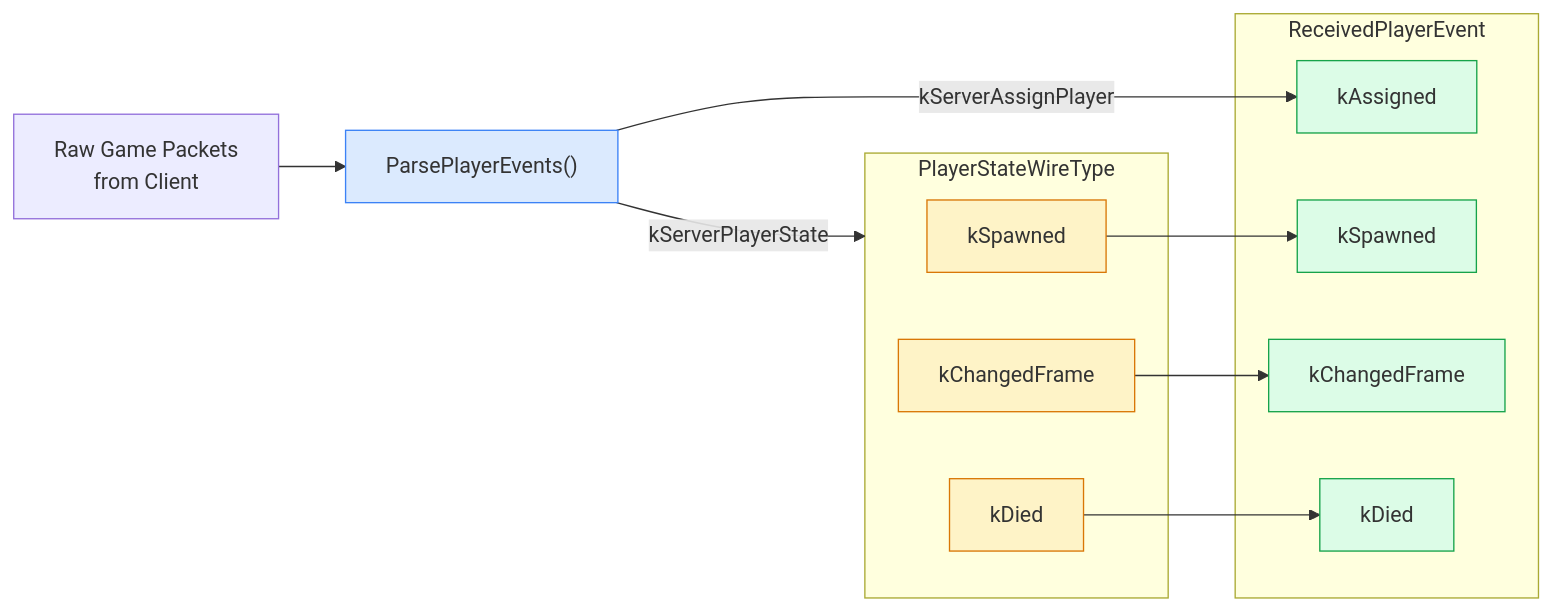
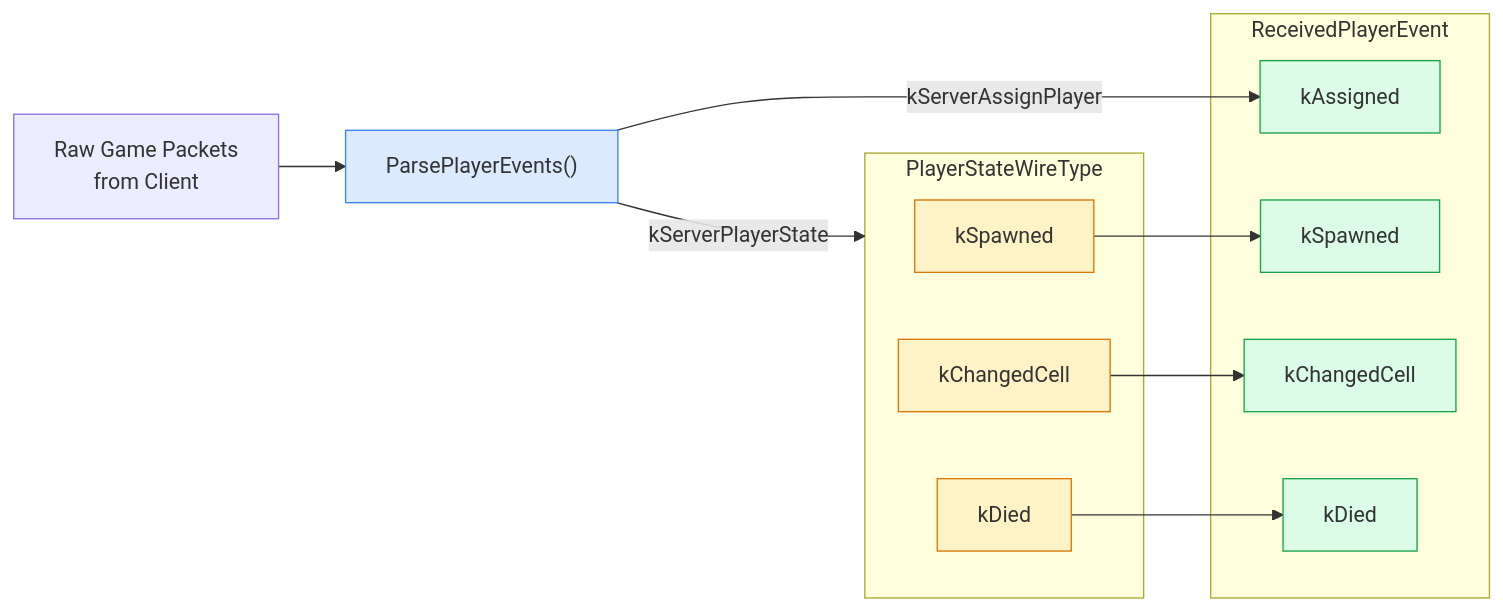
The fifth of 5 diagrams in Documents/Architecture/GameReconciliation.md (DougTanner/BrokenEngine), drawn with Mermaid before and after one commit. The commit also changed other lines of this file and 132 other files, not shown here.

````diff
--- a/Documents/Architecture/GameReconciliation.md
+++ b/Documents/Architecture/GameReconciliation.md
@@ -168,31 +168,31 @@
 ```mermaid
 %%{init: {'theme': 'default'}}%%
 flowchart LR
     classDef wire fill:#fef3c7,stroke:#d97706
     classDef event fill:#dcfce7,stroke:#16a34a
     classDef func fill:#dbeafe,stroke:#3b82f6
 
     RAW["Raw Game Packets<br/>from Client"]
     PARSE["ParsePlayerEvents()"]:::func
 
     RAW --> PARSE
 
     subgraph wire_types ["PlayerStateWireType"]
         W0["kSpawned"]:::wire
-        W1["kChangedFrame"]:::wire
+        W1["kChangedCell"]:::wire
         W2["kDied"]:::wire
     end
 
     subgraph event_types ["ReceivedPlayerEvent"]
         E0["kAssigned"]:::event
         E1["kSpawned"]:::event
-        E2["kChangedFrame"]:::event
+        E2["kChangedCell"]:::event
         E3["kDied"]:::event
     end
 
     PARSE -->|"kServerAssignPlayer"| E0
     PARSE -->|"kServerPlayerState"| wire_types
     W0 --> E1
     W1 --> E2
     W2 --> E3
 ```
````
